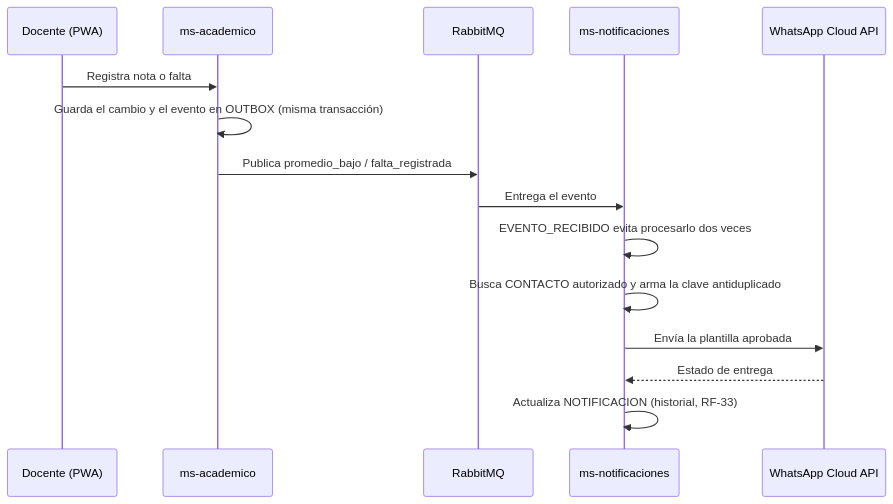
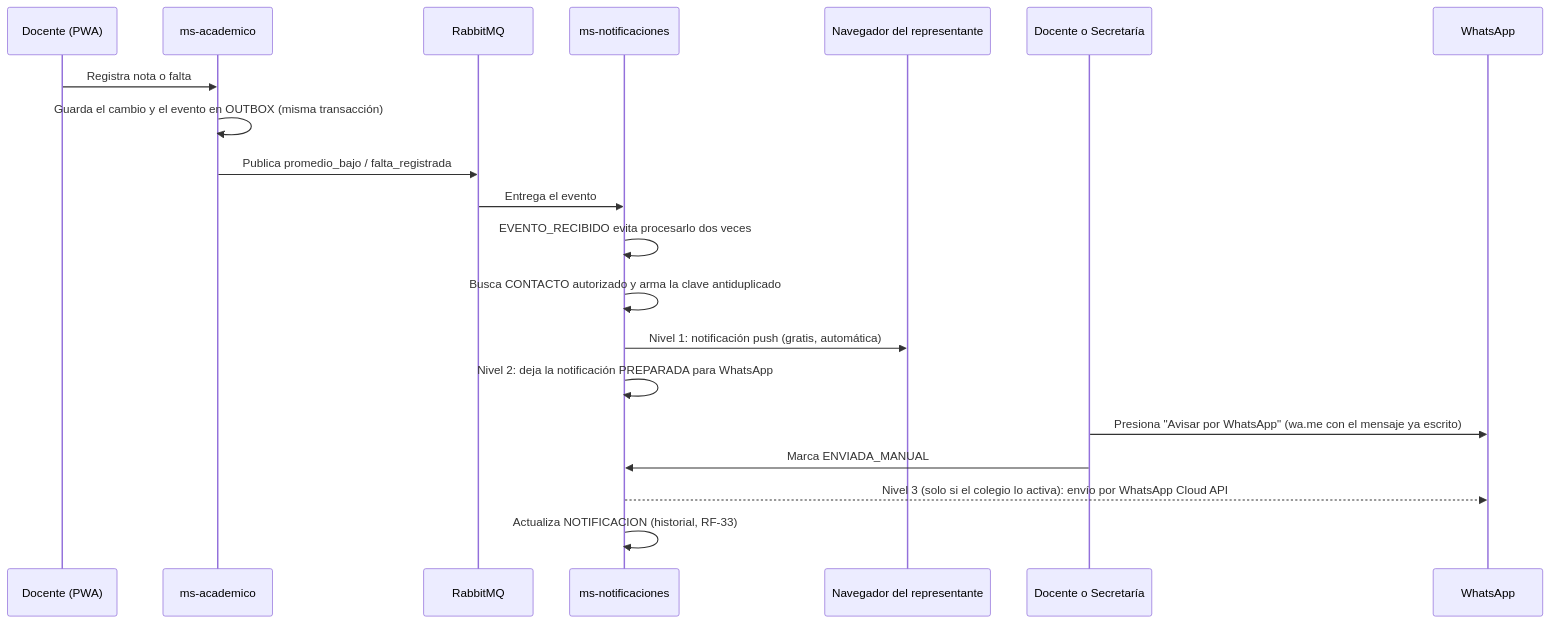
One commit to SB-Solutions-EC/AulaConecta changed the third of 3 diagrams in docs/arquitectura/modelo_datos.md. Above: the diagram before and after it, drawn with Mermaid. The commit also changed other lines of this file and 4 other files, not shown here.

Commit message:
Avisos por niveles (push, WhatsApp asistido y WhatsApp API opcional) y solicitud de cambio CR-01

````diff
--- a/docs/arquitectura/modelo_datos.md
+++ b/docs/arquitectura/modelo_datos.md
@@ -254,17 +277,22 @@
 ```mermaid
 sequenceDiagram
     participant D as Docente (PWA)
     participant A as ms-academico
     participant Q as RabbitMQ
     participant N as ms-notificaciones
-    participant W as WhatsApp Cloud API
+    participant P as Navegador del representante
+    participant S as Docente o Secretaría
+    participant W as WhatsApp
     D->>A: Registra nota o falta
     A->>A: Guarda el cambio y el evento en OUTBOX (misma transacción)
     A->>Q: Publica promedio_bajo / falta_registrada
     Q->>N: Entrega el evento
     N->>N: EVENTO_RECIBIDO evita procesarlo dos veces
     N->>N: Busca CONTACTO autorizado y arma la clave antiduplicado
-    N->>W: Envía la plantilla aprobada
-    W-->>N: Estado de entrega
+    N->>P: Nivel 1: notificación push (gratis, automática)
+    N->>N: Nivel 2: deja la notificación PREPARADA para WhatsApp
+    S->>W: Presiona "Avisar por WhatsApp" (wa.me con el mensaje ya escrito)
+    S->>N: Marca ENVIADA_MANUAL
+    N-->>W: Nivel 3 (solo si el colegio lo activa): envío por WhatsApp Cloud API
     N->>N: Actualiza NOTIFICACION (historial, RF-33)
 ```
````
